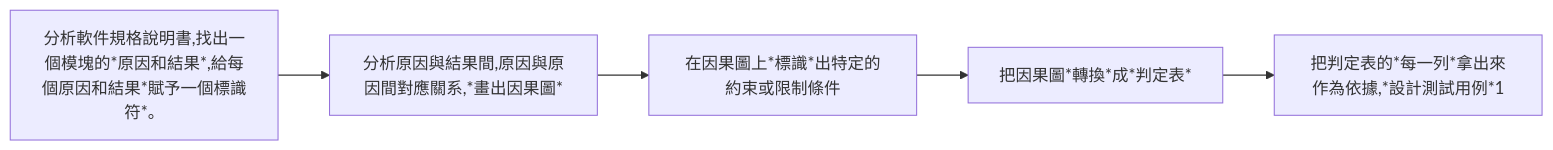
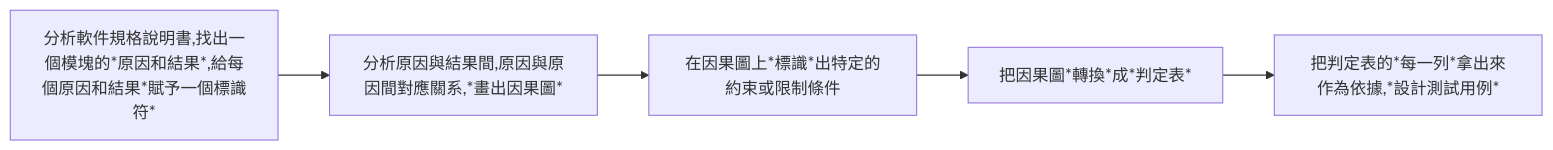
Before and after one commit to chchoiw/chchoiw.github.io: the ninth of 10 diagrams in _posts/2022-07-04-02333-software_engineer.md, drawn with Mermaid.

````diff
--- a/_posts/2022-07-04-02333-software_engineer.md
+++ b/_posts/2022-07-04-02333-software_engineer.md
@@ -1018,14 +1018,14 @@
 ```mermaid
 graph LR
 
-id1[分析軟件規格說明書,找出一個模塊的*原因和結果*,給每個原因和結果*賦予一個標識符*。]
+id1[分析軟件規格說明書,找出一個模塊的*原因和結果*,給每個原因和結果*賦予一個標識符*]
 id2[分析原因與結果間,原因與原因間對應關系,*畫出因果圖*]
 id3[在因果圖上*標識*出特定的約束或限制條件]
 id4[把因果圖*轉換*成*判定表*]
-id5[把判定表的*每一列*拿出來作為依據,*設計測試用例*1]
+id5[把判定表的*每一列*拿出來作為依據,*設計測試用例*]
 
 id1-->id2
 id2-->id3
 id3-->id4
 id4-->id5
 ```
````
